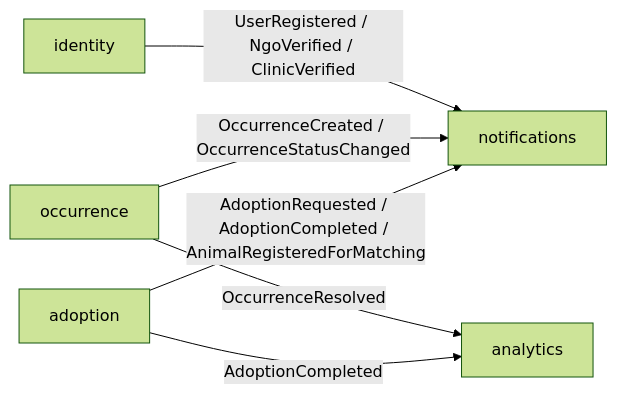
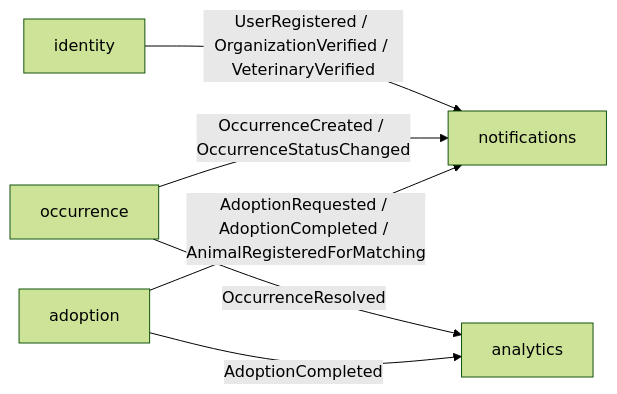
The diagram in docs/architecture/bounded-contexts.md (marowyck/animaps-v1), drawn with Mermaid (forest theme) before and after one commit. The commit also changed other lines of this file and 52 other files, not shown here.

````diff
--- a/docs/architecture/bounded-contexts.md
+++ b/docs/architecture/bounded-contexts.md
@@ -42,8 +44,8 @@
 ```mermaid
 flowchart LR
   adoption["adoption"] -->|"AdoptionRequested / AdoptionCompleted / AnimalRegisteredForMatching"| notifications
   occurrence["occurrence"] -->|"OccurrenceCreated / OccurrenceStatusChanged"| notifications
-  identity["identity"] -->|"UserRegistered / NgoVerified / ClinicVerified"| notifications
+  identity["identity"] -->|"UserRegistered / OrganizationVerified / VeterinaryVerified"| notifications
   adoption -->|"AdoptionCompleted"| analytics
   occurrence -->|"OccurrenceResolved"| analytics
 ```
````
